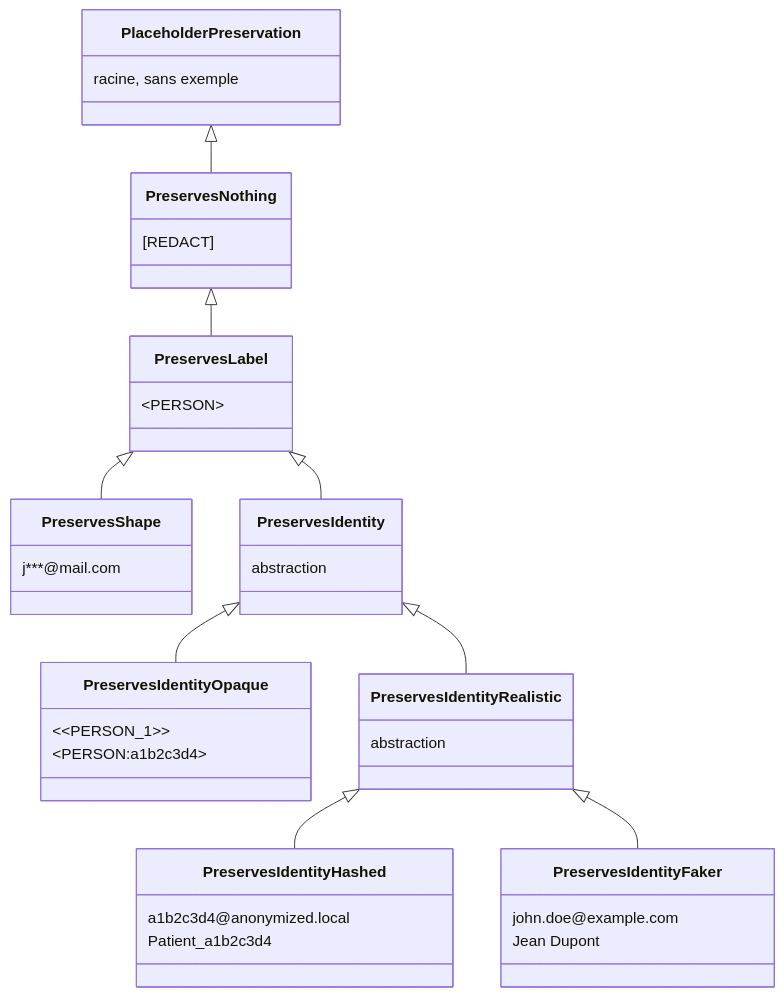
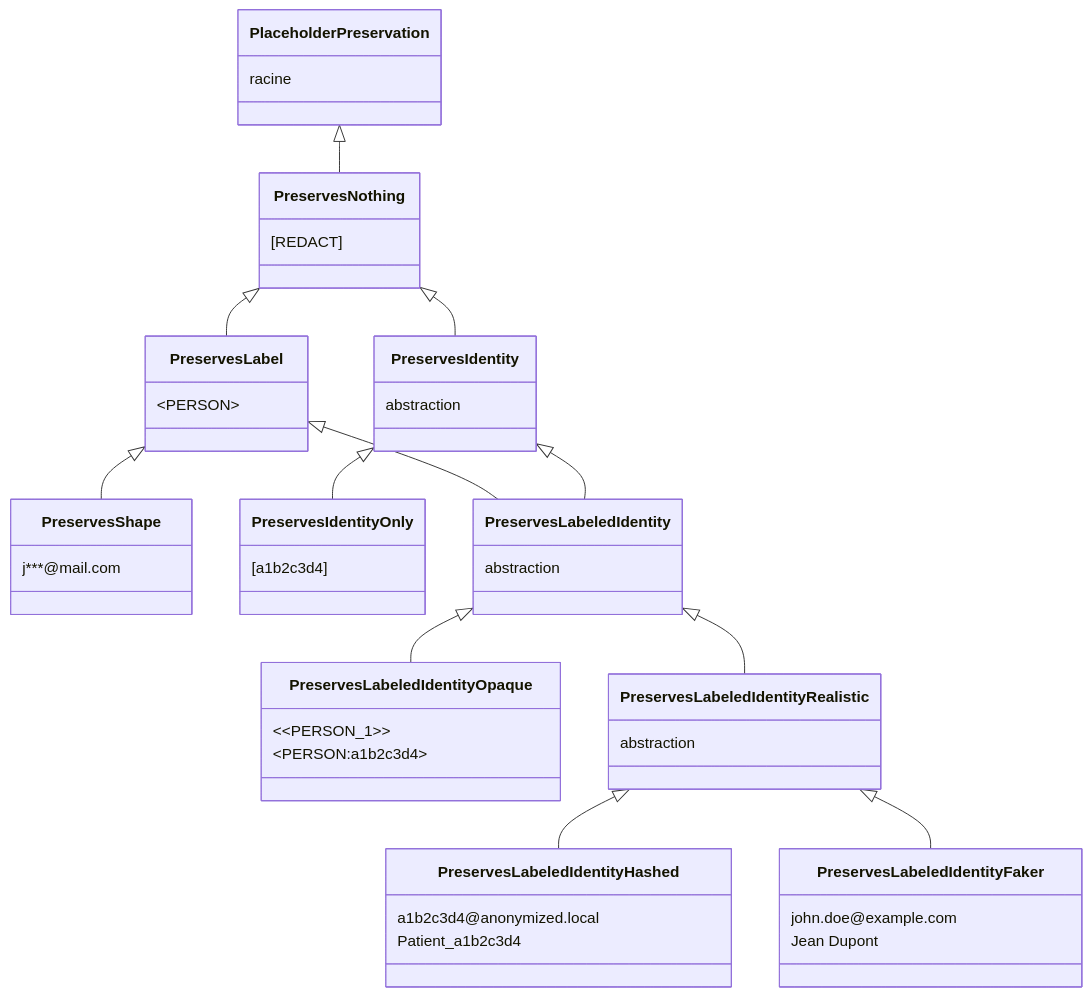
Before and after one commit to jamon8888/hacienda-ghost: the diagram in docs/fr/placeholder-factories.md, drawn with Mermaid. The commit also changed other lines of this file and 3 other files, not shown here.

````diff
--- a/docs/fr/placeholder-factories.md
+++ b/docs/fr/placeholder-factories.md
@@ -116,42 +146,51 @@
 ```mermaid
 classDiagram
     class PlaceholderPreservation {
-        racine, sans exemple
+        racine
     }
     class PreservesNothing {
         [REDACT]
     }
     class PreservesLabel {
         &lt;PERSON&gt;
     }
     class PreservesShape {
         j***@mail.com
     }
     class PreservesIdentity {
         abstraction
     }
-    class PreservesIdentityOpaque {
+    class PreservesIdentityOnly {
+        [a1b2c3d4]
+    }
+    class PreservesLabeledIdentity {
+        abstraction
+    }
+    class PreservesLabeledIdentityOpaque {
         &lt;&lt;PERSON_1&gt;&gt;
         &lt;PERSON:a1b2c3d4&gt;
     }
-    class PreservesIdentityRealistic {
+    class PreservesLabeledIdentityRealistic {
         abstraction
     }
-    class PreservesIdentityHashed {
+    class PreservesLabeledIdentityHashed {
         a1b2c3d4@anonymized.local
         Patient_a1b2c3d4
     }
-    class PreservesIdentityFaker {
+    class PreservesLabeledIdentityFaker {
         john.doe@example.com
         Jean Dupont
     }
 
     PlaceholderPreservation <|-- PreservesNothing
     PreservesNothing <|-- PreservesLabel
+    PreservesNothing <|-- PreservesIdentity
     PreservesLabel <|-- PreservesShape
-    PreservesLabel <|-- PreservesIdentity
-    PreservesIdentity <|-- PreservesIdentityOpaque
-    PreservesIdentity <|-- PreservesIdentityRealistic
-    PreservesIdentityRealistic <|-- PreservesIdentityHashed
-    PreservesIdentityRealistic <|-- PreservesIdentityFaker
+    PreservesIdentity <|-- PreservesIdentityOnly
+    PreservesLabel <|-- PreservesLabeledIdentity
+    PreservesIdentity <|-- PreservesLabeledIdentity
+    PreservesLabeledIdentity <|-- PreservesLabeledIdentityOpaque
+    PreservesLabeledIdentity <|-- PreservesLabeledIdentityRealistic
+    PreservesLabeledIdentityRealistic <|-- PreservesLabeledIdentityHashed
+    PreservesLabeledIdentityRealistic <|-- PreservesLabeledIdentityFaker
 ```
````
